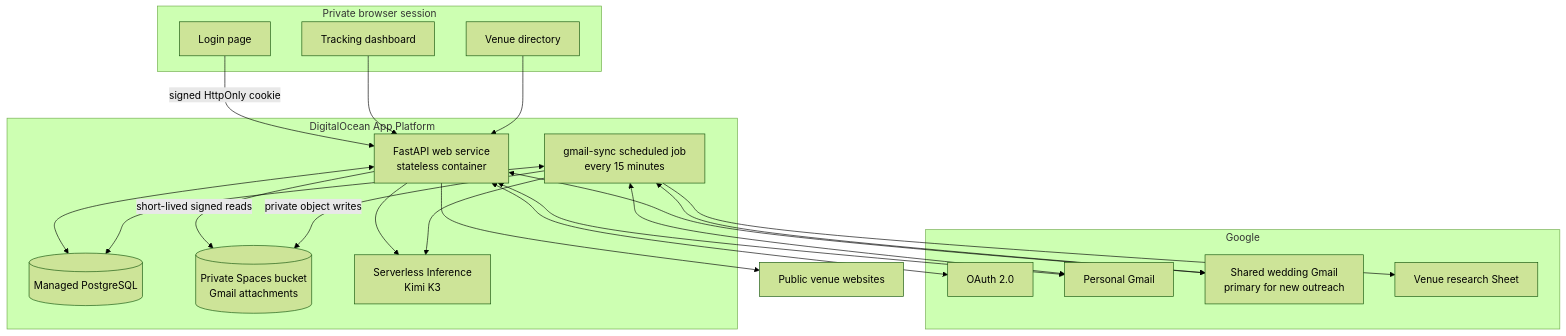
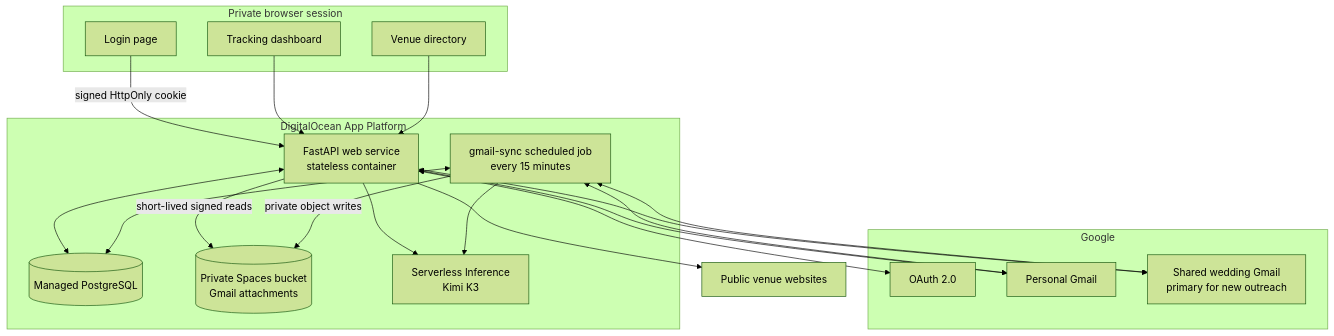
The first of 6 diagrams in docs/ARCHITECTURE.md (ralphieninefo/rkwedding), drawn with Mermaid (forest theme) before and after one commit. The commit also changed other lines of this file and 17 other files, not shown here.

````diff
--- a/docs/ARCHITECTURE.md
+++ b/docs/ARCHITECTURE.md
@@ -18,42 +18,40 @@
 ```mermaid
 flowchart TB
     subgraph Browser["Private browser session"]
         UI1["Tracking dashboard"]
         UI2["Venue directory"]
         LOGIN["Login page"]
     end
 
     subgraph DO["DigitalOcean App Platform"]
         WEB["FastAPI web service<br/>stateless container"]
         JOB["gmail-sync scheduled job<br/>every 15 minutes"]
         PG[("Managed PostgreSQL")]
         SPACES[("Private Spaces bucket<br/>Gmail attachments")]
         KIMI["Serverless Inference<br/>Kimi K3"]
     end
 
     subgraph Google["Google"]
         OAUTH["OAuth 2.0"]
         G1["Personal Gmail"]
         G2["Shared wedding Gmail<br/>primary for new outreach"]
-        SHEET["Venue research Sheet"]
     end
 
     SITES["Public venue websites"]
 
     LOGIN -->|signed HttpOnly cookie| WEB
     UI1 --> WEB
     UI2 --> WEB
     WEB <--> PG
     JOB <--> PG
     WEB -->|short-lived signed reads| SPACES
     JOB -->|private object writes| SPACES
     WEB <--> OAUTH
     WEB <--> G1
     WEB <--> G2
     JOB <--> G1
     JOB <--> G2
     WEB --> SITES
-    JOB --> SHEET
     WEB --> KIMI
     JOB --> KIMI
 ```
````
